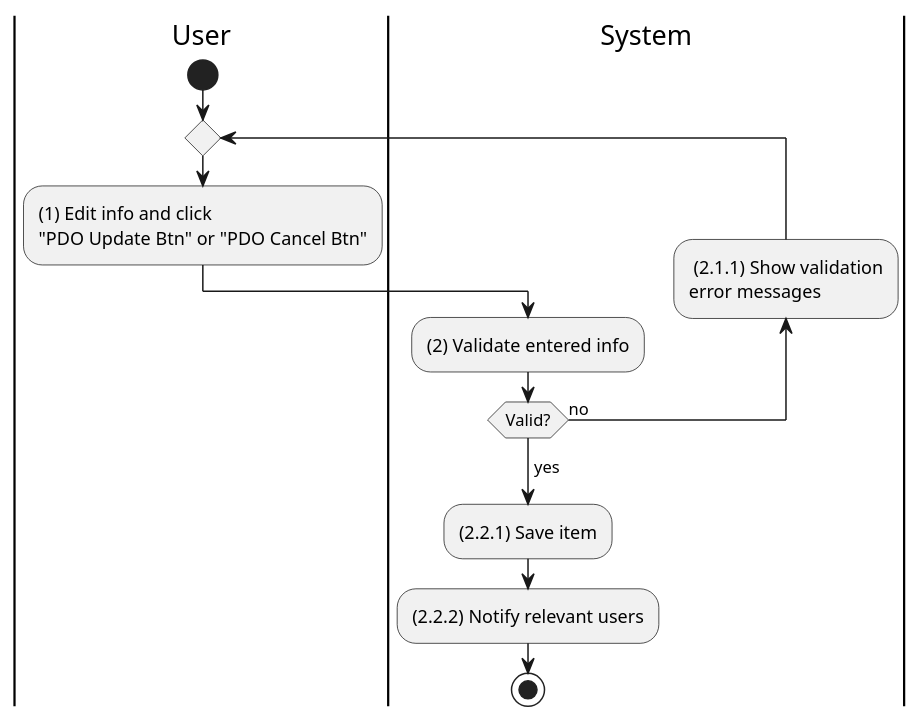
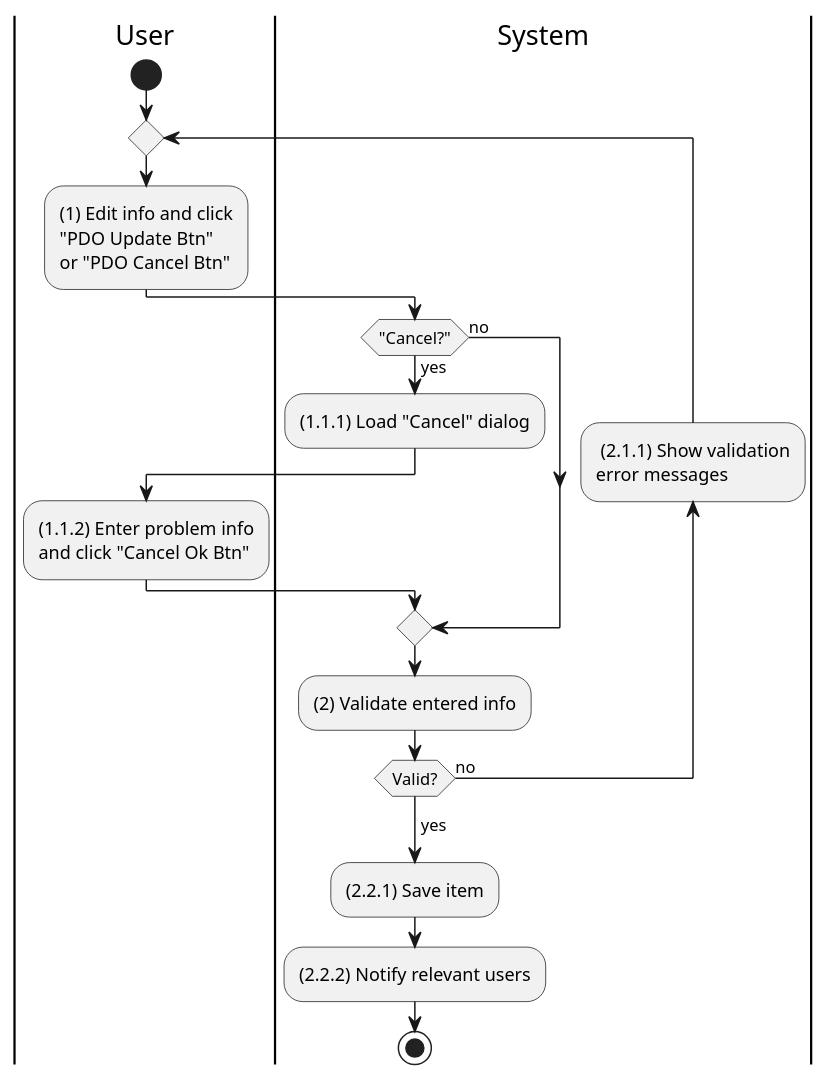
One commit to phihungha/scmss-reqs changed the diagram in activities/production-order-update.plantuml. Above: the diagram before and after it, drawn with PlantUML. The commit also changed 7 other files, not shown here.

Commit message:
Add cancel flow for update activities

```diff
--- a/activities/production-order-update.plantuml
+++ b/activities/production-order-update.plantuml
@@ -1,17 +1,24 @@
 @startuml production-order-update
 |u|User
 |s|System
 
 |u|
 start
 repeat
-    :(1) Edit info and click\n"PDO Update Btn" or "PDO Cancel Btn";
+    :(1) Edit info and click\n"PDO Update Btn"\nor "PDO Cancel Btn";
+    |s|
+    if ("Cancel?") then (yes)
+        :(1.1.1) Load "Cancel" dialog;
+        |u|
+        :(1.1.2) Enter problem info\nand click "Cancel Ok Btn";
+    else (no)
+    endif
     |s|
     :(2) Validate entered info;
     backward: (2.1.1) Show validation\nerror messages;
 repeat while (Valid?) is (no)
 ->yes;
 :(2.2.1) Save item;
 :(2.2.2) Notify relevant users;
 stop
 @enduml
```
